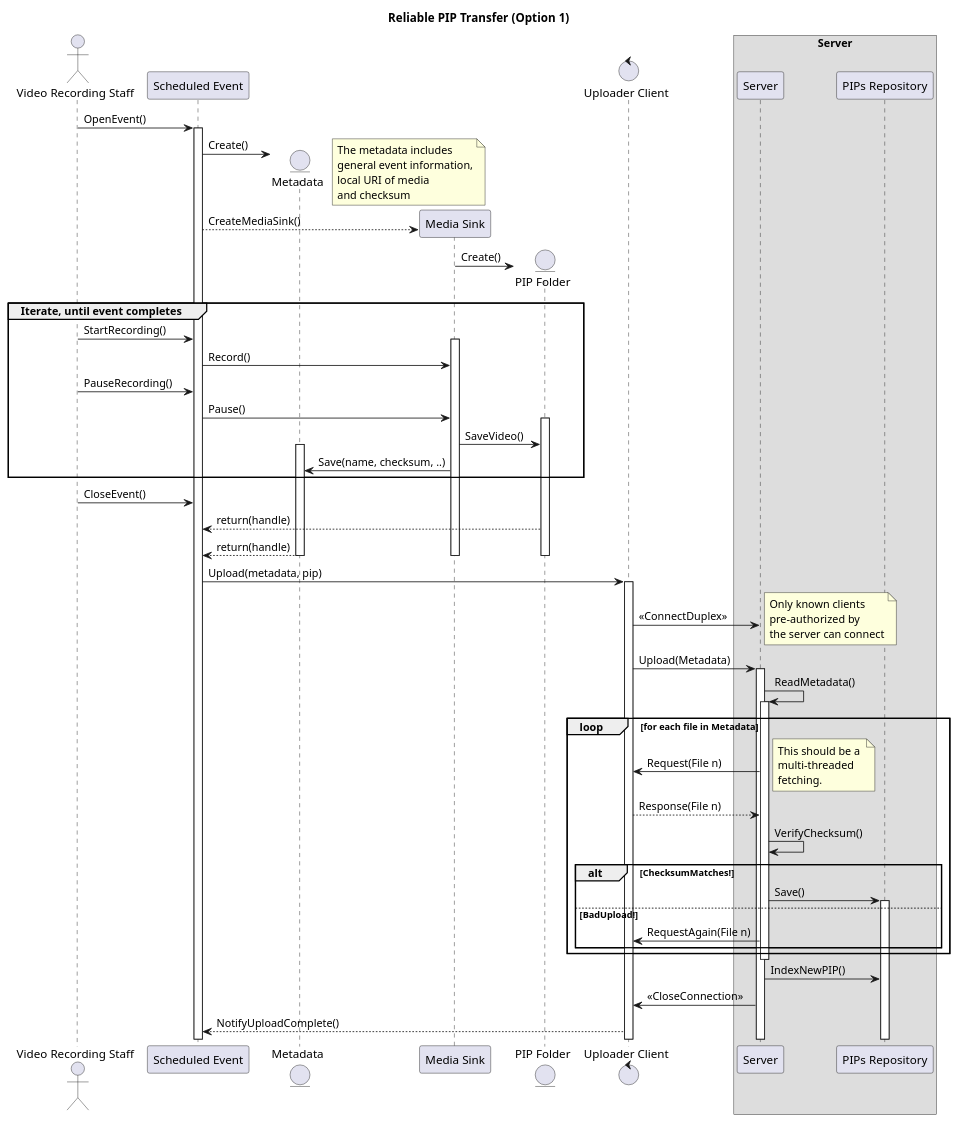
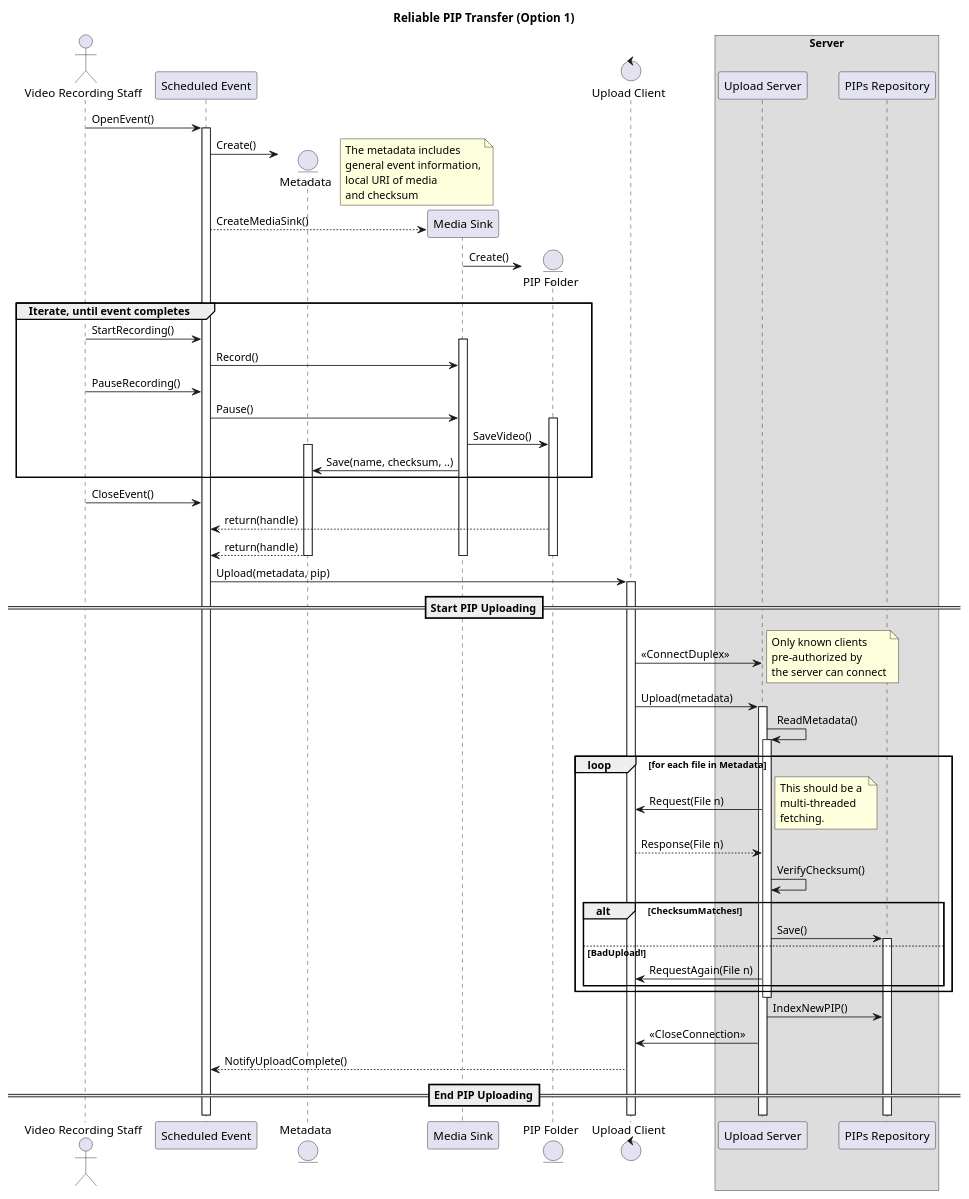
Before and after one commit to manish-drake/sportspiparch: the diagram in reliable_pip_transfer_o1.puml, drawn with PlantUML. The commit also changed 10 other files, not shown here.

Commit message:
Added design for File Uploader Service and created another option for Reliable PIP transfer

```diff
--- a/reliable_pip_transfer_o1.puml
+++ b/reliable_pip_transfer_o1.puml
@@ -1,84 +1,87 @@
 title Reliable PIP Transfer (Option 1)
 
 
 actor "Video Recording Staff" as vidrec
 
 vidrec -> "Scheduled Event" as eve: OpenEvent()
 activate eve
 
 create entity Metadata
 eve -> Metadata: Create()
 note right
     The metadata includes 
     general event information,
     local URI of media
     and checksum
 end note
 
 create "Media Sink" as sink
 eve --> sink: CreateMediaSink()
 
 
 create entity "PIP Folder" as pip
 sink -> pip: Create()
 
 group Iterate, until event completes
     vidrec -> eve: StartRecording()
     activate sink
     eve -> sink: Record()
 
     vidrec -> eve: PauseRecording()
     eve -> sink: Pause()
 
     activate pip
     sink -> pip: SaveVideo()
     
     activate Metadata
     sink -> Metadata: Save(name, checksum, ..)
 end
 
 vidrec -> eve: CloseEvent()
 pip --> eve: return(handle)
 Metadata --> eve: return(handle)
 
 deactivate pip
 deactivate sink
 deactivate Metadata
 
-control "Uploader Client" as client
+control "Upload Client" as client
 eve -> client: Upload(metadata, pip)
+==Start PIP Uploading==
 activate client
 box Server
-    client -> Server: << ConnectDuplex >>
+    client -> "Upload Server" as Server: << ConnectDuplex >>
     note right
         Only known clients
         pre-authorized by
         the server can connect
     end note
-    client -> Server: Upload(Metadata)
+    client -> Server: Upload(metadata)
     activate Server
 
     Server -> Server: ReadMetadata()
     activate Server
 
     loop for each file in Metadata
         Server -> client: Request(File n)
         note right
             This should be a 
             multi-threaded 
             fetching.
         end note
         client --> Server: Response(File n)
         Server -> Server: VerifyChecksum()
         alt ChecksumMatches!
             Server -> "PIPs Repository" as repo: Save()
             activate repo
         else BadUpload!
             Server -> client: RequestAgain(File n)
         end
     end
     deactivate Server
     Server -> repo: IndexNewPIP()
     Server -> client: << CloseConnection >>
 end box
 client --> eve: NotifyUploadComplete()
+
+==End PIP Uploading==
```
